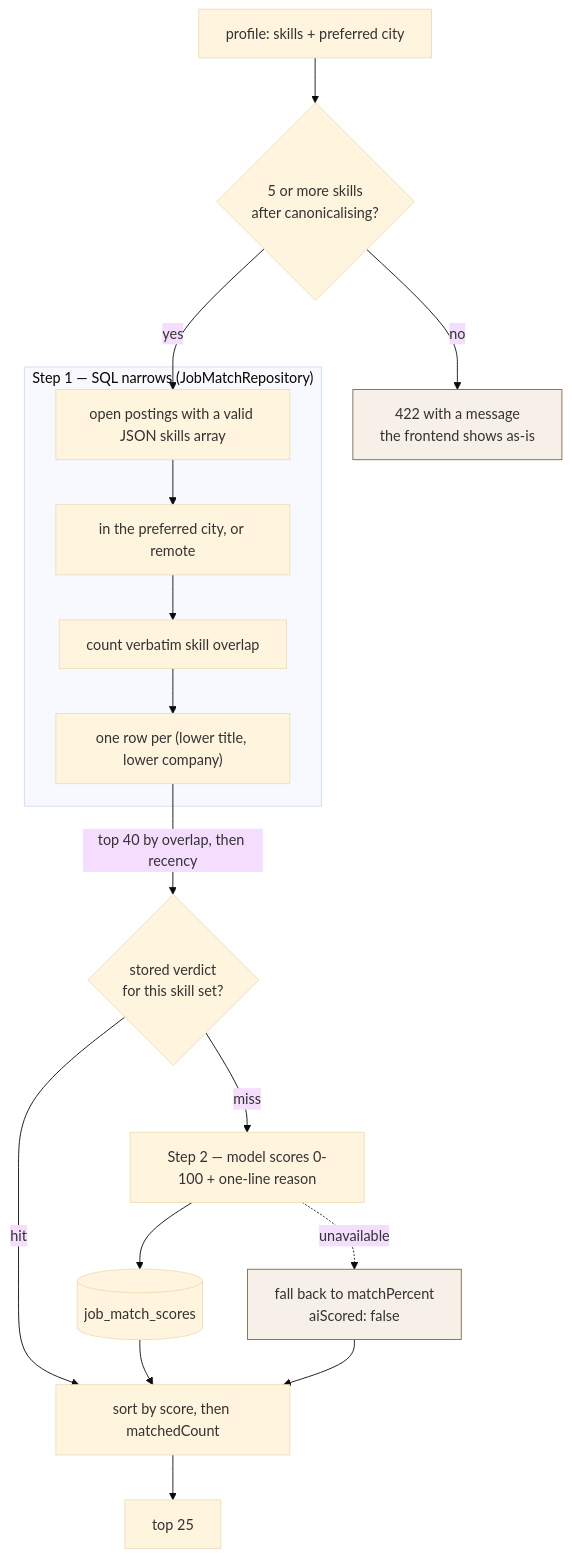
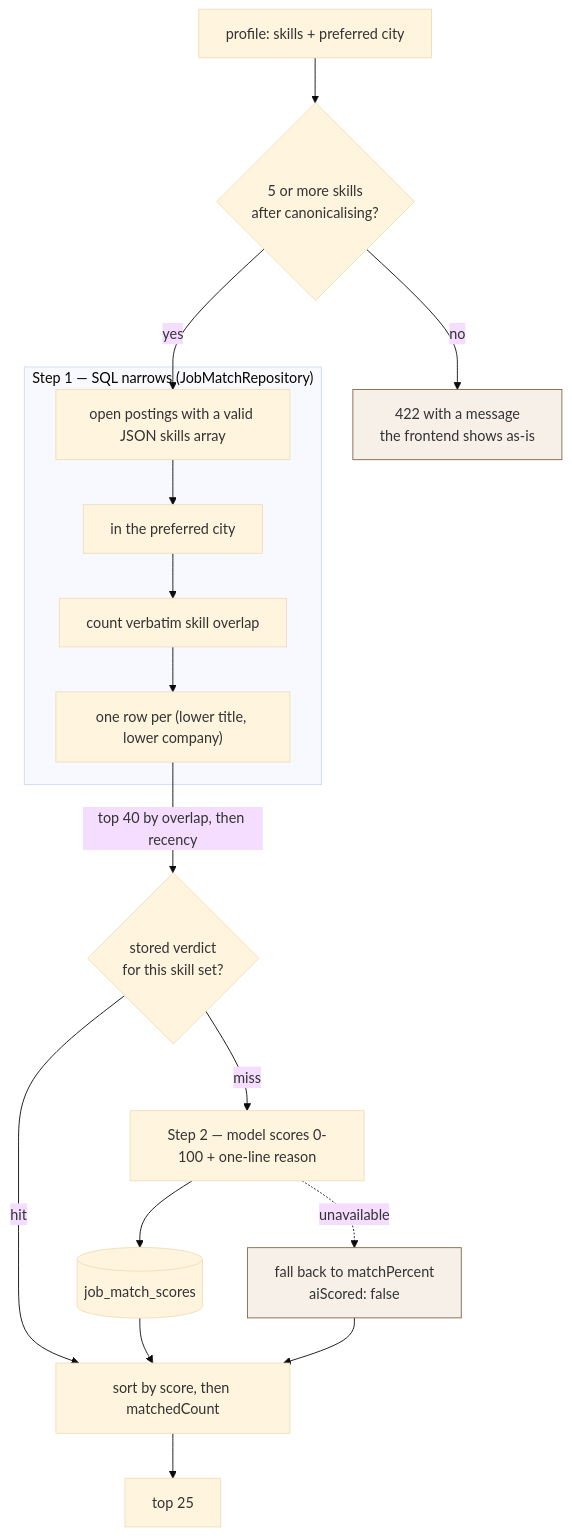
The second of 2 diagrams in backend/docs/matching-profile.md (HackYourFutureProjects/c55-final-project-group-C), drawn with Mermaid (base theme) before and after one commit. The commit also changed other lines of this file, not shown here.

````diff
--- a/backend/docs/matching-profile.md
+++ b/backend/docs/matching-profile.md
@@ -147,25 +151,25 @@
 ```mermaid
 flowchart TD
     P["profile: skills + preferred city"] --> GATE{"5 or more skills<br/>after canonicalising?"}
     GATE -->|"no"| E422["422 with a message<br/>the frontend shows as-is"]
     GATE -->|"yes"| SQL
 
     subgraph step1["Step 1 — SQL narrows (JobMatchRepository)"]
         SQL["open postings with a valid JSON skills array"]
-        CITY["in the preferred city, or remote"]
+        CITY["in the preferred city"]
         OVER["count verbatim skill overlap"]
         DEDUP["one row per (lower title, lower company)"]
         SQL --> CITY --> OVER --> DEDUP
     end
 
     DEDUP -->|"top 40 by overlap, then recency"| CACHE{"stored verdict<br/>for this skill set?"}
     CACHE -->|"hit"| MERGE
     CACHE -->|"miss"| LLM["Step 2 — model scores 0-100 + one-line reason"]
     LLM --> SAVE[("job_match_scores")] --> MERGE
     LLM -.->|"unavailable"| FALL["fall back to matchPercent<br/>aiScored: false"] --> MERGE
 
     MERGE["sort by score, then matchedCount"] --> CUT["top 25"]
 
     classDef w fill:#f7f0e8,stroke:#806a4a
     class E422,FALL w
 ```
````
